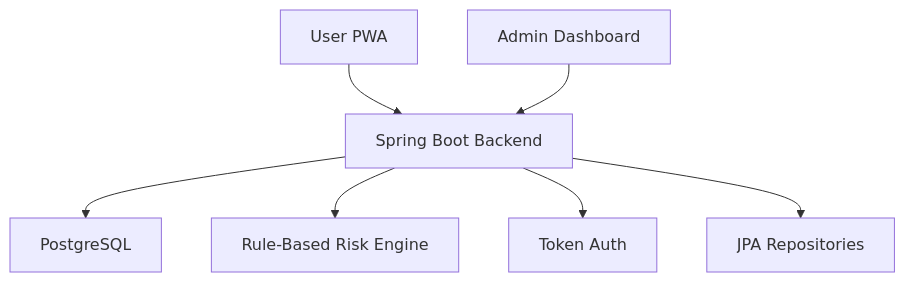
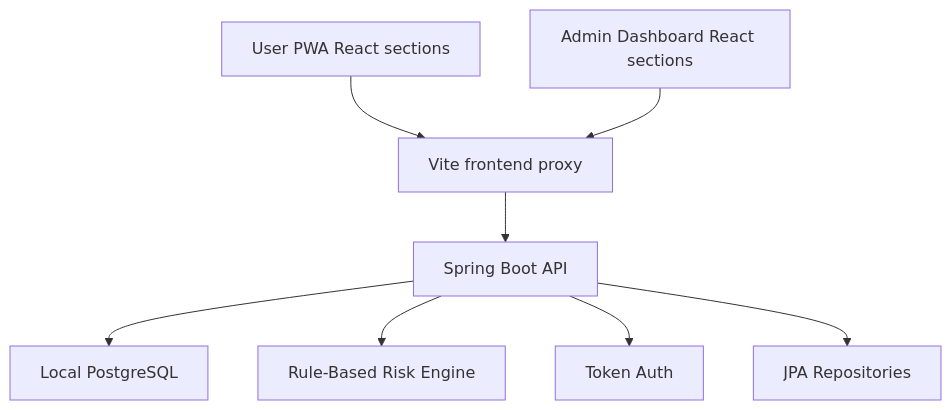
The diagram in docs/architecture.md (VAMSIBALAKIRANPOLISETTY/PMS_PROJECT), drawn with Mermaid before and after one commit. The commit also changed other lines of this file and 32 other files, not shown here.

Commit message:
Refactor frontend sections and remove Docker setup

````diff
--- a/docs/architecture.md
+++ b/docs/architecture.md
@@ -3,9 +3,10 @@
 ```mermaid
 flowchart TD
-  A["User PWA"] --> B["Spring Boot Backend"]
-  C["Admin Dashboard"] --> B
-  B --> D["PostgreSQL"]
-  B --> E["Rule-Based Risk Engine"]
-  B --> F["Token Auth"]
-  B --> G["JPA Repositories"]
+  A["User PWA React sections"] --> B["Vite frontend proxy"]
+  C["Admin Dashboard React sections"] --> B
+  B --> D["Spring Boot API"]
+  D --> E["Local PostgreSQL"]
+  D --> F["Rule-Based Risk Engine"]
+  D --> G["Token Auth"]
+  D --> H["JPA Repositories"]
 ```
````
